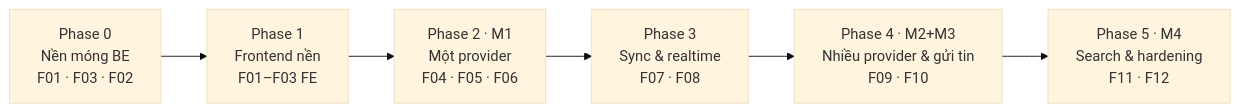
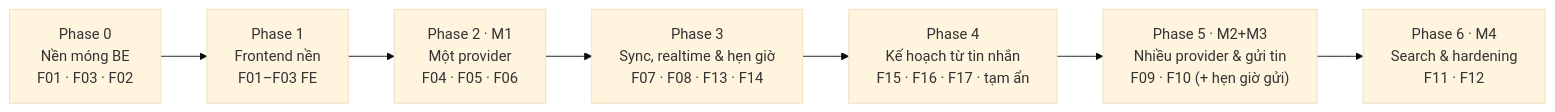
Before and after one commit to shinoasada1907/Sino: the diagram in openspec/roadmap.md, drawn with Mermaid (base theme). The commit also changed other lines of this file and 14 other files, not shown here.

First line of the commit message:
docs(planner): add the planner-from-messages change and update the roadmap

````diff
--- a/openspec/roadmap.md
+++ b/openspec/roadmap.md
@@ -30,8 +30,9 @@
 ```mermaid
 flowchart LR
     P0["Phase 0<br/>Nền móng BE<br/>F01 · F03 · F02"] --> P1["Phase 1<br/>Frontend nền<br/>F01–F03 FE"]
     P1 --> P2["Phase 2 · M1<br/>Một provider<br/>F04 · F05 · F06"]
-    P2 --> P3["Phase 3<br/>Sync & realtime<br/>F07 · F08"]
-    P3 --> P4["Phase 4 · M2+M3<br/>Nhiều provider & gửi tin<br/>F09 · F10"]
-    P4 --> P5["Phase 5 · M4<br/>Search & hardening<br/>F11 · F12"]
+    P2 --> P3["Phase 3<br/>Sync, realtime & hẹn giờ<br/>F07 · F08 · F13 · F14"]
+    P3 --> P4["Phase 4<br/>Kế hoạch từ tin nhắn<br/>F15 · F16 · F17 · tạm ẩn"]
+    P4 --> P5["Phase 5 · M2+M3<br/>Nhiều provider & gửi tin<br/>F09 · F10 (+ hẹn giờ gửi)"]
+    P5 --> P6["Phase 6 · M4<br/>Search & hardening<br/>F11 · F12"]
 ```
````
